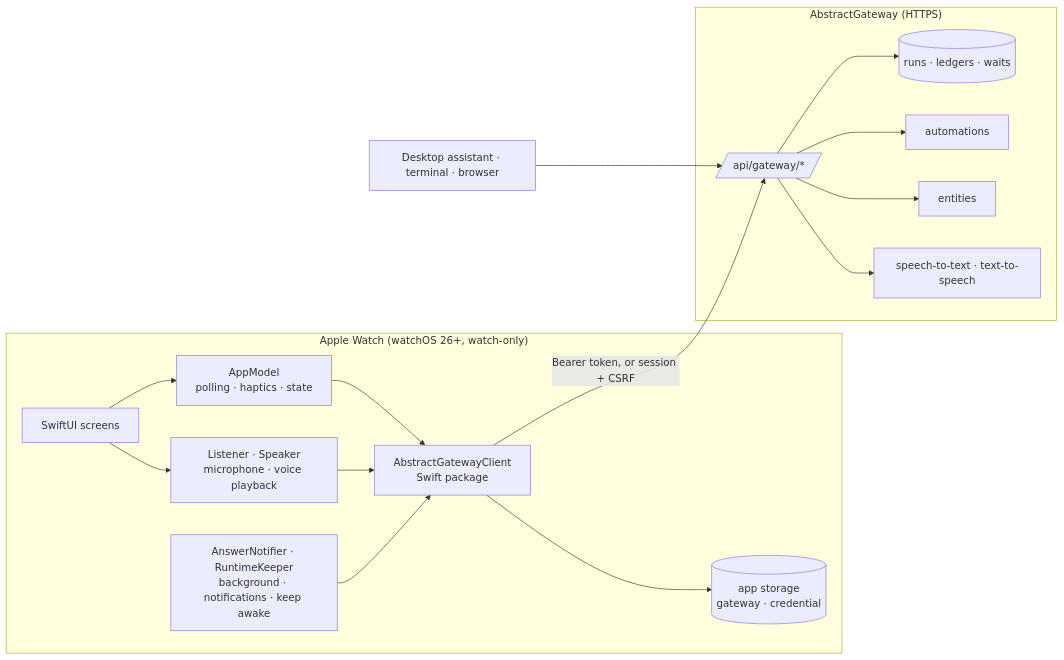
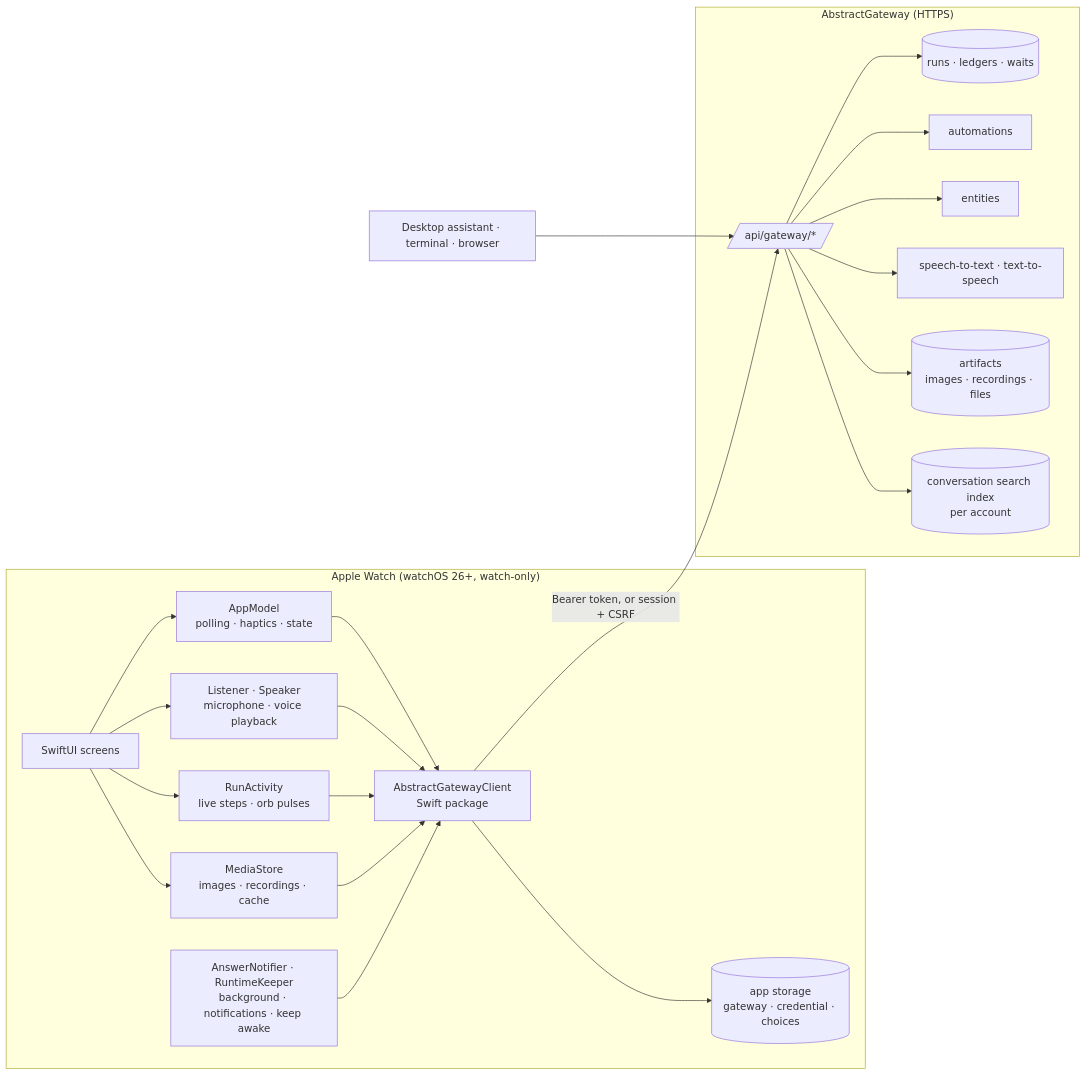
The first of 2 diagrams in watch/apple/docs/architecture.md (lpalbou/AbstractAssistant), drawn with Mermaid before and after one commit. The commit also changed other lines of this file and 37 other files, not shown here.

````diff
--- a/watch/apple/docs/architecture.md
+++ b/watch/apple/docs/architecture.md
@@ -7,28 +7,36 @@
 ```mermaid
 flowchart LR
   subgraph Watch["Apple Watch (watchOS 26+, watch-only)"]
     UI[SwiftUI screens]
     Model[AppModel<br/>polling · haptics · state]
     Media[Listener · Speaker<br/>microphone · voice playback]
+    Work[RunActivity<br/>live steps · orb pulses]
+    Files[MediaStore<br/>images · recordings · cache]
     BG[AnswerNotifier · RuntimeKeeper<br/>background · notifications · keep awake]
     Kit[AbstractGatewayClient<br/>Swift package]
-    Store[(app storage<br/>gateway · credential)]
+    Store[(app storage<br/>gateway · credential · choices)]
     UI --> Model --> Kit
     UI --> Media --> Kit
+    UI --> Work --> Kit
+    UI --> Files --> Kit
     BG --> Kit
     Kit --> Store
   end
   subgraph GW["AbstractGateway (HTTPS)"]
     API[/api/gateway/*/]
     Runs[(runs · ledgers · waits)]
     Auto[automations]
     Ent[entities]
     Voice[speech-to-text · text-to-speech]
+    Art[(artifacts<br/>images · recordings · files)]
+    Search[(conversation search index<br/>per account)]
     API --> Runs
     API --> Auto
     API --> Ent
     API --> Voice
+    API --> Art
+    API --> Search
   end
   Kit -- "Bearer token, or session + CSRF" --> API
   Other[Desktop assistant · terminal · browser] --> API
 ```
````
